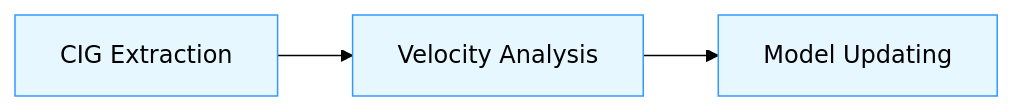
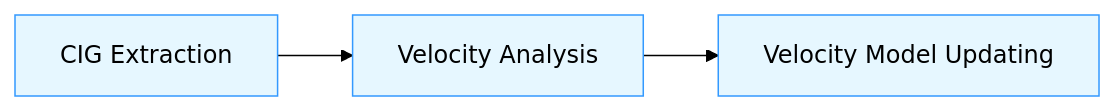
The diagram in Velocity_Analysis&Update_TRAD/Readme.md (Dai411/ISTRICI-tools), drawn with Mermaid (forest theme) before and after one commit.

````diff
--- a/Velocity_Analysis&Update_TRAD/Readme.md
+++ b/Velocity_Analysis&Update_TRAD/Readme.md
@@ -6,7 +6,7 @@
 ```mermaid
 graph LR
 A[CIG Extraction] --> B[Velocity Analysis]
-B --> C[Model Updating]
+B --> C[Velocity Model Updating]
 classDef process fill:#e6f7ff,stroke:#3399ff;
 class A,B,C process;
 ```
````
